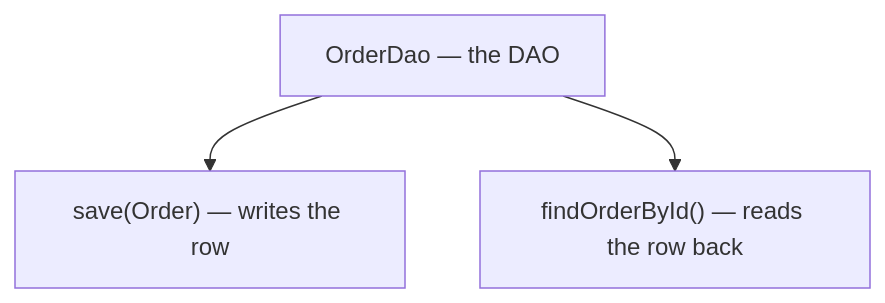
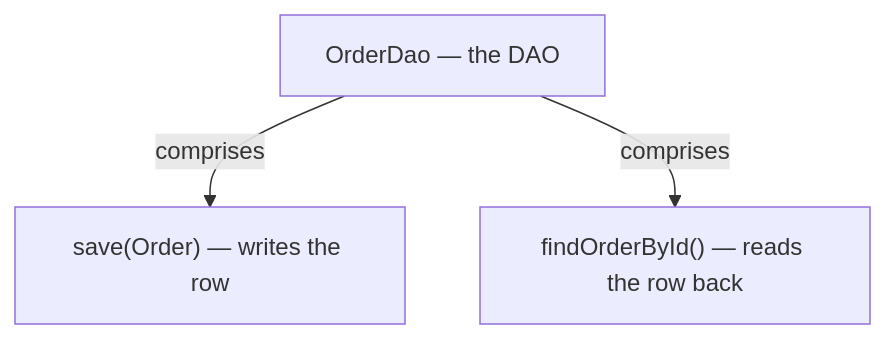
Before and after one commit to vinayakuber/microservices-io-study-guide: the sixth of 13 diagrams in docs/ch20-transaction-script.md, drawn with Mermaid. The commit also changed other lines of this file and 71 other files, not shown here.

First line of the commit message:
R18: label every diagram arrow with its meaning

````diff
--- a/docs/ch20-transaction-script.md
+++ b/docs/ch20-transaction-script.md
@@ -181,6 +181,6 @@
 ```mermaid
 flowchart TD
   R["OrderDao — the DAO"]
-  R --> P0["save(Order) — writes the row"]
-  R --> P1["findOrderById() — reads the row back"]
+  R -->|"comprises"| P0["save(Order) — writes the row"]
+  R -->|"comprises"| P1["findOrderById() — reads the row back"]
 ```
````
